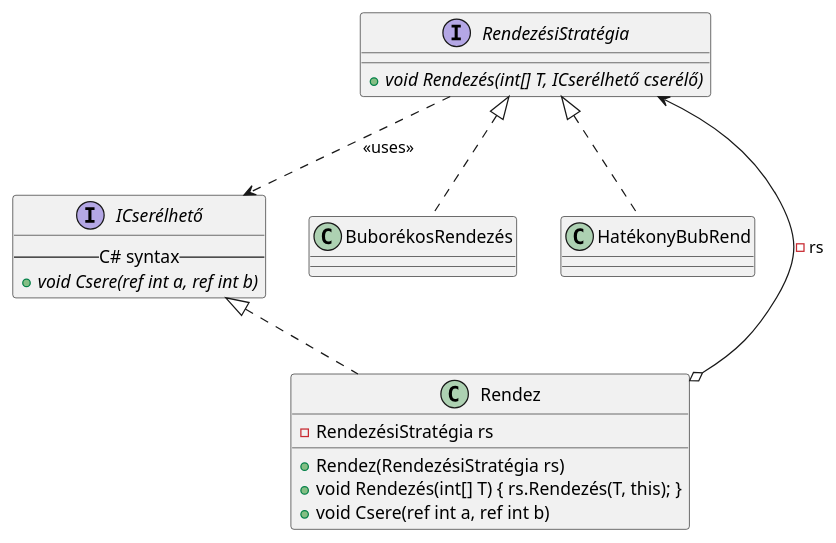
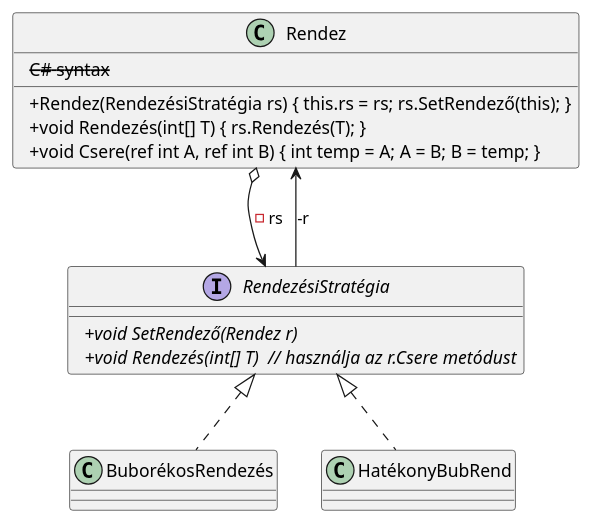
The diagram in first-plan.puml (nice-Code-90/TDD-DIP-exam-practice), drawn with PlantUML before and after one commit. The commit also changed 23 other files, not shown here.

```diff
--- a/first-plan.puml
+++ b/first-plan.puml
@@ -1,23 +1,16 @@
 @startuml
-
-interface ICserélhető {
-  -- C# syntax --
-  +{abstract} void Csere(ref int a, ref int b)
+class Rendez {
+  +Rendez(RendezésiStratégia rs) { this.rs = rs; rs.SetRendező(this); }
+  +void Rendezés(int[] T) { rs.Rendezés(T); }
+  --C# syntax--
+  +void Csere(ref int A, ref int B) { int temp = A; A = B; B = temp; }
 }
-
-class Rendez implements ICserélhető {
-  -RendezésiStratégia rs
-  +Rendez(RendezésiStratégia rs)
-  +void Rendezés(int[] T) { rs.Rendezés(T, this); }
-  +void Csere(ref int a, ref int b)
+interface RendezésiStratégia {
+  +{abstract} void SetRendező(Rendez r)
+  +{abstract} void Rendezés(int[] T)  // használja az r.Csere metódust
 }
-
-interface RendezésiStratégia {
-  +{abstract} void Rendezés(int[] T, ICserélhető cserélő)
-}
-
 Rendez o-down-> RendezésiStratégia : -rs
-RendezésiStratégia ..> ICserélhető : <<uses>>
+RendezésiStratégia -up-> Rendez  : -r
 BuborékosRendezés .up.|> RendezésiStratégia
 HatékonyBubRend .up.|> RendezésiStratégia
 @enduml
```
